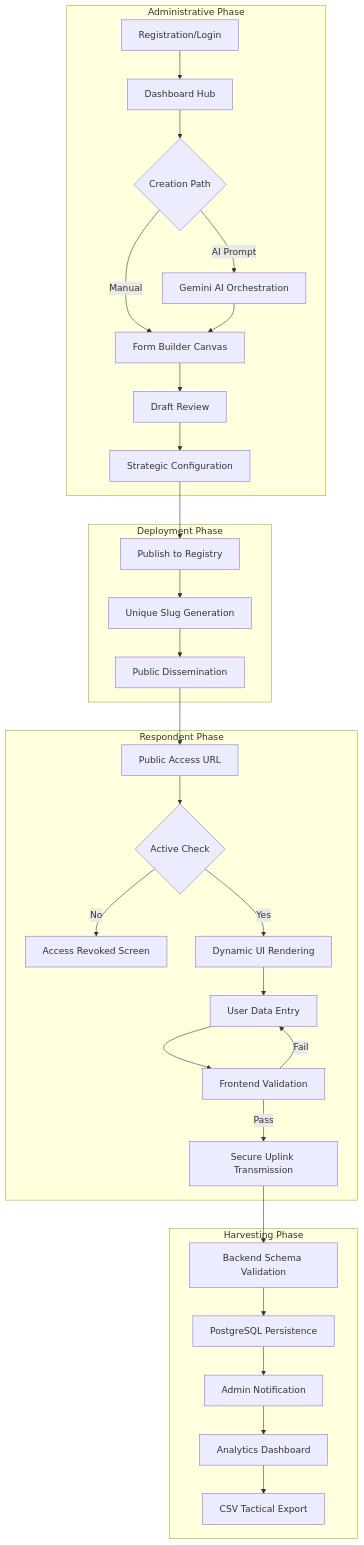
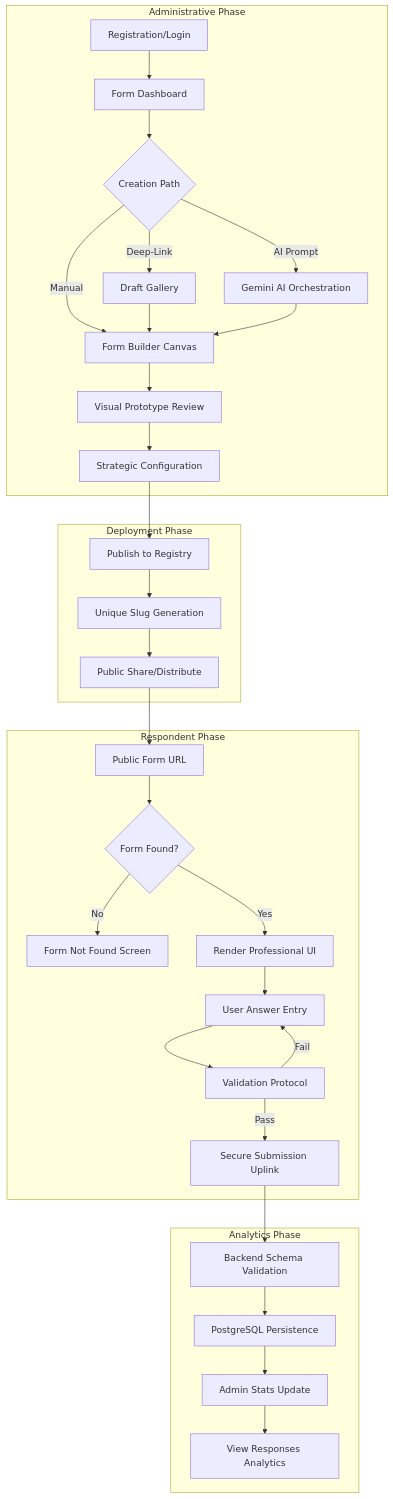
Before and after one commit to bluepal-ashok-patcha/FormCraft: the first of 4 diagrams in docs/Diagrams.md, drawn with Mermaid. The commit also changed other lines of this file and 16 other files, not shown here.

First line of the commit message:
feat: Update Dashboard and Form List UI text for clarity and consistency

````diff
--- a/docs/Diagrams.md
+++ b/docs/Diagrams.md
@@ -11,37 +11,38 @@
 ```mermaid
 flowchart TD
     subgraph "Administrative Phase"
-        A[Registration/Login] --> B[Dashboard Hub]
+        A[Registration/Login] --> B[Form Dashboard]
         B --> C{Creation Path}
         C -->|Manual| D[Form Builder Canvas]
         C -->|AI Prompt| E[Gemini AI Orchestration]
+        C -->|Deep-Link| G[Draft Gallery]
+        G --> D
         E --> D
-        D --> F[Draft Review]
-        F --> G[Strategic Configuration]
+        D --> F[Visual Prototype Review]
+        F --> H[Strategic Configuration]
     end
 
     subgraph "Deployment Phase"
-        G --> H[Publish to Registry]
-        H --> I[Unique Slug Generation]
-        I --> J[Public Dissemination]
+        H --> I[Publish to Registry]
+        I --> J[Unique Slug Generation]
+        J --> K[Public Share/Distribute]
     end
 
     subgraph "Respondent Phase"
-        J --> K[Public Access URL]
-        K --> L{Active Check}
-        L -- No --> M[Access Revoked Screen]
-        L -- Yes --> N[Dynamic UI Rendering]
-        N --> O[User Data Entry]
-        O --> P[Frontend Validation]
-        P -->|Fail| O
-        P -->|Pass| Q[Secure Uplink Transmission]
+        K --> L[Public Form URL]
+        L --> M{Form Found?}
+        M -- No --> N[Form Not Found Screen]
+        M -- Yes --> O[Render Professional UI]
+        O --> P[User Answer Entry]
+        P --> Q[Validation Protocol]
+        Q -->|Fail| P
+        Q -->|Pass| R[Secure Submission Uplink]
     end
 
-    subgraph "Harvesting Phase"
-        Q --> R[Backend Schema Validation]
-        R --> S[PostgreSQL Persistence]
-        S --> T[Admin Notification]
-        T --> U[Analytics Dashboard]
-        U --> V[CSV Tactical Export]
+    subgraph "Analytics Phase"
+        R --> S[Backend Schema Validation]
+        S --> T[PostgreSQL Persistence]
+        T --> U[Admin Stats Update]
+        U --> V[View Responses Analytics]
     end
 ```
````
